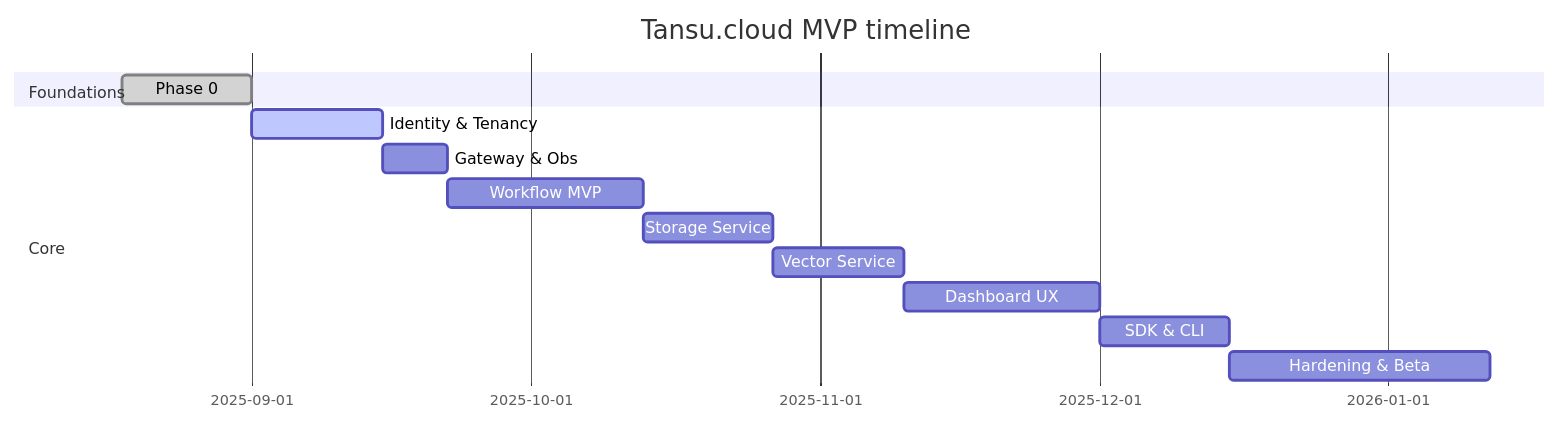
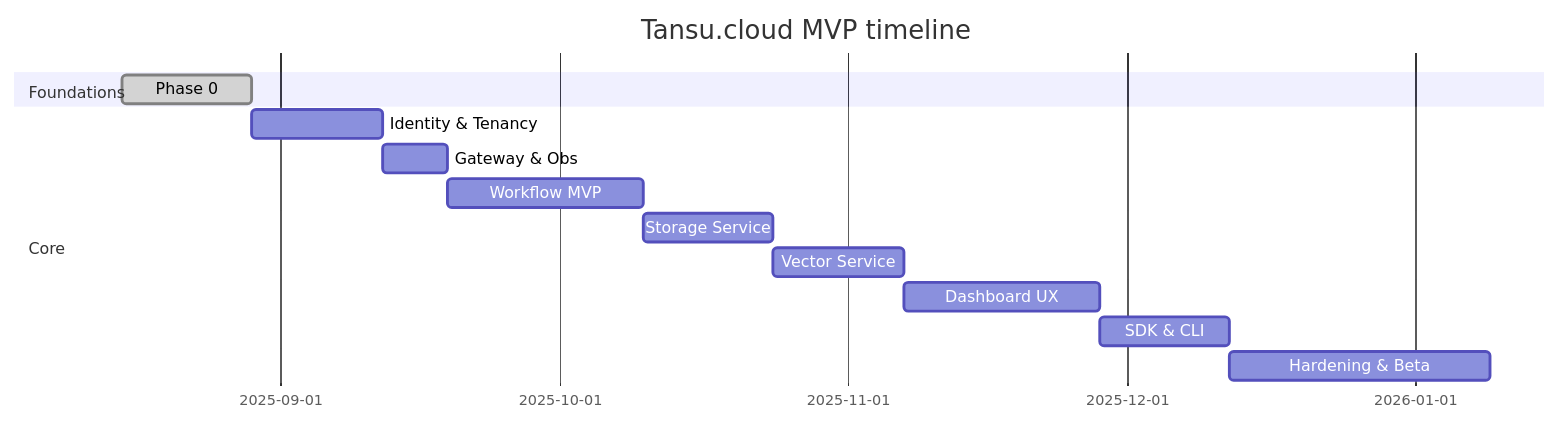
The diagram in TansuCloud.Gateway/Docs/Implementation-plan.md (Quenton123/TansuCloud), drawn with Mermaid before and after one commit. The commit also changed other lines of this file and 29 other files, not shown here.

````diff
--- a/TansuCloud.Gateway/Docs/Implementation-plan.md
+++ b/TansuCloud.Gateway/Docs/Implementation-plan.md
@@ -168,16 +405,16 @@
 ```mermaid
 gantt
   title Tansu.cloud MVP timeline
   dateFormat  YYYY-MM-DD
   section Foundations
-  Phase 0:done,  p0, 2025-08-18, 14d
+  Phase 0:done,  p0, 2025-08-15, 14d
   section Core
-  Identity & Tenancy:active, p1, 2025-09-01, 14d
-  Gateway & Obs:       p2, after p1, 7d
-  Workflow MVP:        p3, after p2, 21d
-  Storage Service:     p4, after p3, 14d
-  Vector Service:      p5, after p4, 14d
-  Dashboard UX:        p6, after p5, 21d
-  SDK & CLI:           p7, after p6, 14d
-  Hardening & Beta:    p8, after p7, 28d
+  Identity & Tenancy:       p1, after p0, 14d
+  Gateway & Obs:            p2, after p1, 7d
+  Workflow MVP:             p3, after p2, 21d
+  Storage Service:          p4, after p3, 14d
+  Vector Service:           p5, after p4, 14d
+  Dashboard UX:             p6, after p5, 21d
+  SDK & CLI:                p7, after p6, 14d
+  Hardening & Beta:         p8, after p7, 28d
 ```
````
